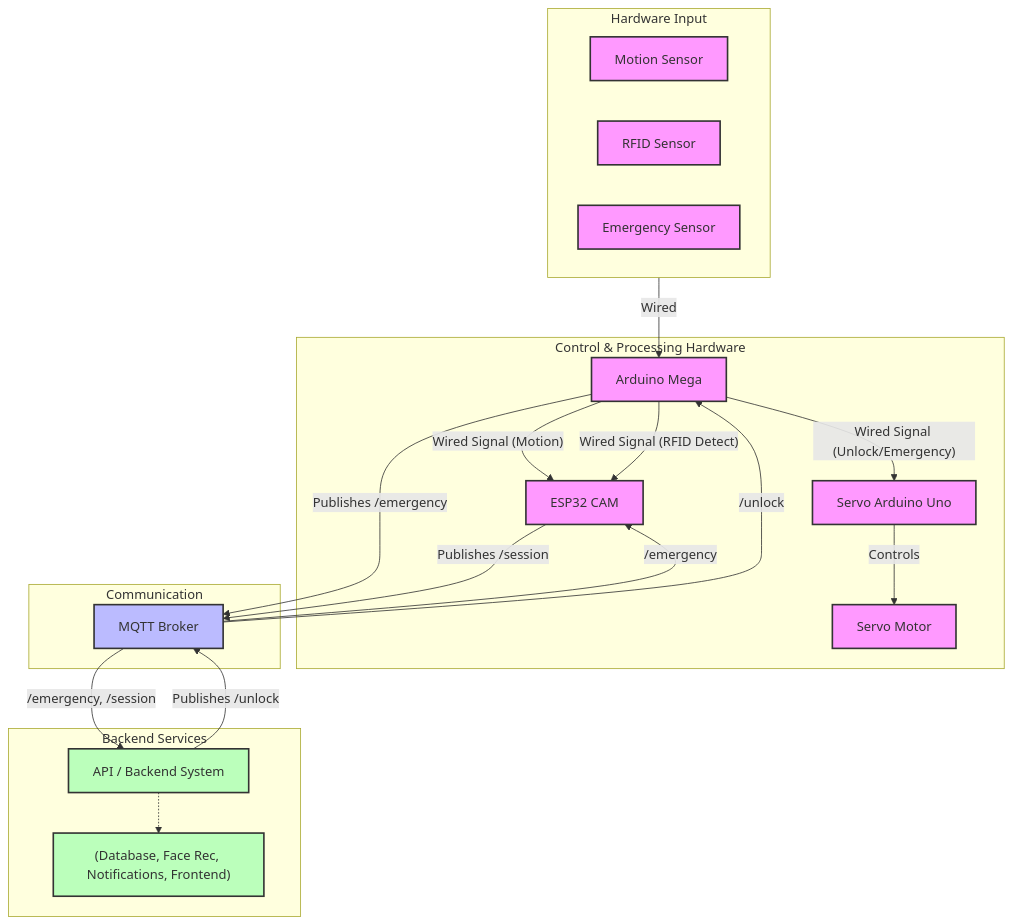
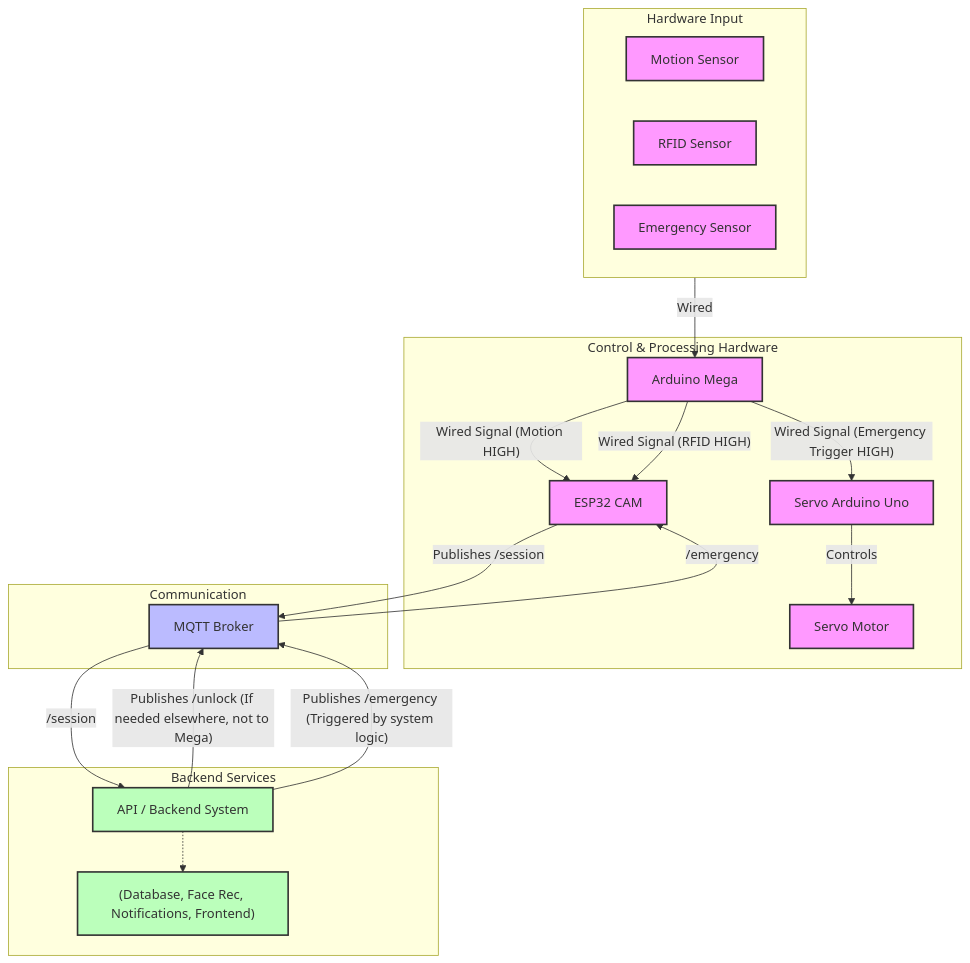
Before and after one commit to KalebCole/Campus-Security-and-Evacuation-System: the diagram in docs/project-overview.md, drawn with Mermaid. The commit also changed other lines of this file and 48 other files, not shown here.

First line of the commit message:
tests for motion sensor and for rfid sensor working. esp32 can receive serial over 18 and 19

````diff
--- a/docs/project-overview.md
+++ b/docs/project-overview.md
@@ -35,51 +35,50 @@
 ```mermaid
 flowchart TD
     subgraph Hardware_Input [Hardware Input]
         MotionSensor["Motion Sensor"]
         RFIDSensor["RFID Sensor"]
         EmergencySensor["Emergency Sensor"]
     end
 
     subgraph Control_Hardware [Control & Processing Hardware]
         Mega["Arduino Mega"]
         ESP32CAM["ESP32 CAM"]
         ServoUno["Servo Arduino Uno"]
         ServoMotor["Servo Motor"]
     end
 
     subgraph Communication_Layer [Communication]
         MQTT["MQTT Broker"]
     end
 
     subgraph Backend [Backend Services]
         API["API / Backend System"]
         InternalServices["(Database, Face Rec, Notifications, Frontend)"]
     end
 
     %% Physical Connections & Signals
     Hardware_Input -- Wired --> Mega
-    Mega -- "Wired Signal (Unlock/Emergency)" --> ServoUno
+    Mega -- "Wired Signal (Emergency Trigger HIGH)" --> ServoUno
     ServoUno -- Controls --> ServoMotor
-    Mega -- "Wired Signal (Motion)" --> ESP32CAM
-    Mega -- "Wired Signal (RFID Detect)" --> ESP32CAM
+    Mega -- "Wired Signal (Motion HIGH)" --> ESP32CAM
+    Mega -- "Wired Signal (RFID HIGH)" --> ESP32CAM
 
     %% MQTT Communication Flow
-    Mega -- "Publishes /emergency" --> MQTT
     ESP32CAM -- "Publishes /session" --> MQTT
-    API -- "Publishes /unlock" --> MQTT
+    API -- "Publishes /unlock (If needed elsewhere, not to Mega)" --> MQTT
+    API -- "Publishes /emergency (Triggered by system logic)" --> MQTT
 
     MQTT -- "/emergency" --> ESP32CAM
-    MQTT -- "/emergency, /session" --> API
-    MQTT -- "/unlock" --> Mega
+    MQTT -- "/session" --> API
 
     %% Backend Internal Calls (Simplified)
     API -.-> InternalServices
 
     %% Styling
     classDef hardware fill:#f9f,stroke:#333,stroke-width:2px;
     classDef comms fill:#bbf,stroke:#333,stroke-width:2px;
     classDef backend fill:#bfb,stroke:#333,stroke-width:2px;
     class MotionSensor,RFIDSensor,EmergencySensor,Mega,ServoUno,ESP32CAM,ServoMotor hardware;
     class MQTT comms;
     class API,InternalServices backend;
 ```
````
